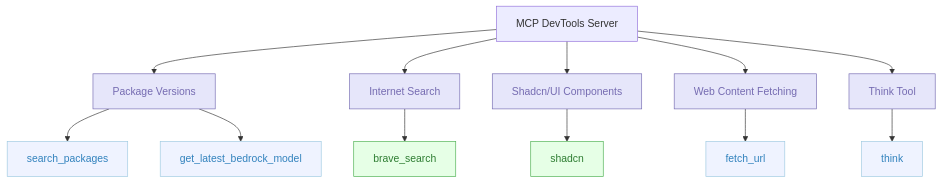
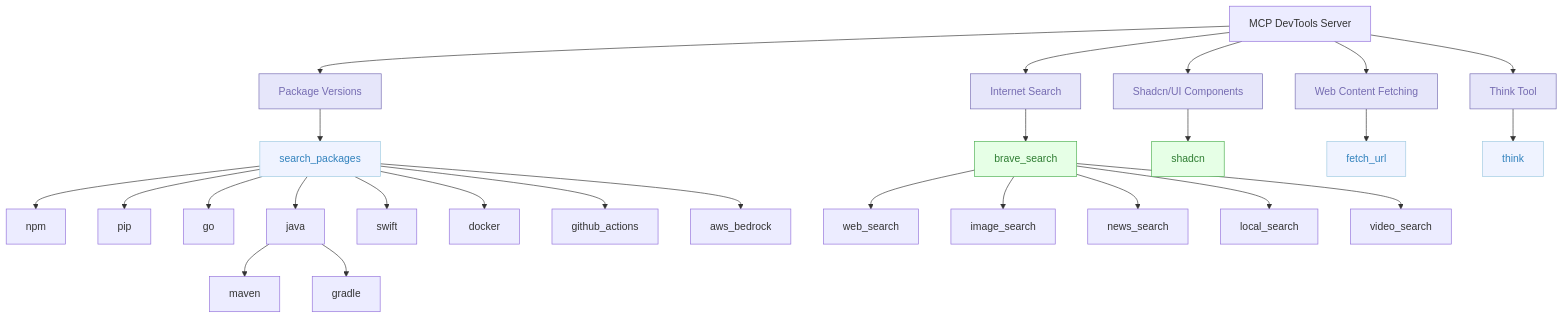
One commit to sammcj/mcp-devtools changed the diagram in README.md. Above: the diagram before and after it, drawn with Mermaid.

Commit message:
minor updates

````diff
--- a/README.md
+++ b/README.md
@@ -7,27 +7,42 @@
 ```mermaid
 graph TD
     A[MCP DevTools Server] --> B[Package Versions]
     A --> C[Internet Search]
     A --> D[Shadcn/UI Components]
     A --> E[Web Content Fetching]
     A --> F[Think Tool]
 
     B --> B1[search_packages]
-    B --> B2[get_latest_bedrock_model]
+
+    B1 --> B1A[npm]
+    B1 --> B1B[pip]
+    B1 --> B1C[go]
+    B1 --> B1D[java]
+    B1 --> B1E[swift]
+    B1 --> B1F[docker]
+    B1 --> B1G[github_actions]
+    B1 --> B1H[aws_bedrock]
+    B1D --> B1D1[maven]
+    B1D --> B1D2[gradle]
 
     C --> C1[brave_search]
+    C1 --> C1A[web_search]
+    C1 --> C1B[image_search]
+    C1 --> C1C[news_search]
+    C1 --> C1D[local_search]
+    C1 --> C1E[video_search]
 
     D --> D1[shadcn]
 
     E --> E1[fetch_url]
 
     F --> F1[think]
 
     classDef toolCategory fill:#E6E6FA,stroke:#756BB1,color:#756BB1
     classDef tool fill:#EFF3FF,stroke:#9ECAE1,color:#3182BD
     classDef unifiedTool fill:#E6FFE6,stroke:#4CAF50,color:#2E7D32
 
     class B,C,D,E,F toolCategory
     class B1,B2,E1,F1 tool
     class C1,D1 unifiedTool
 ```
````
